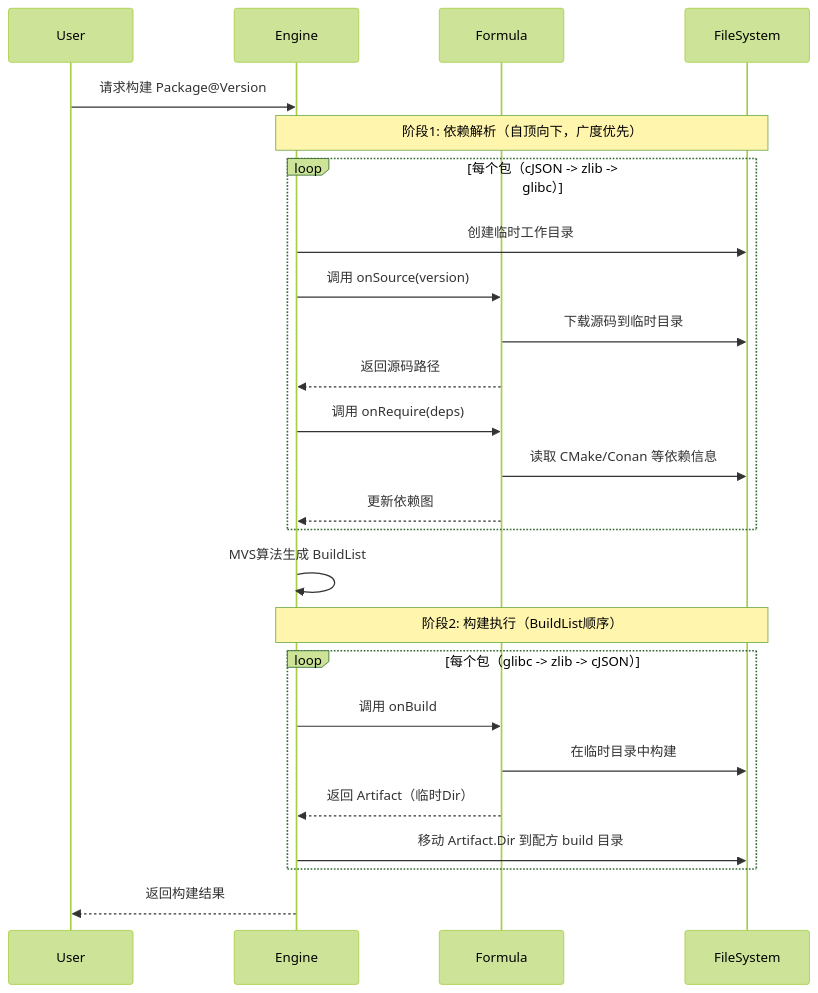
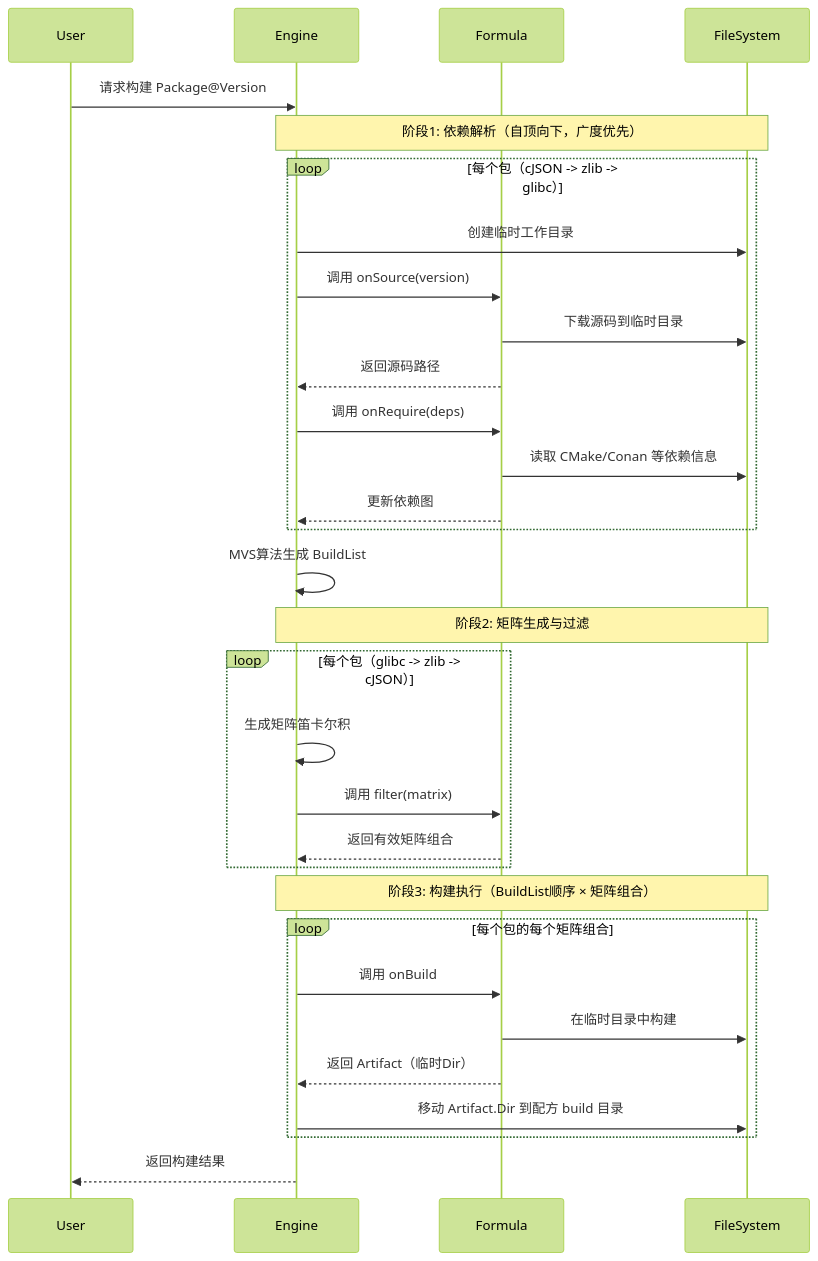
The first of 4 diagrams in docs/formulas.md (goplus/llar), drawn with Mermaid (forest theme) before and after one commit. The commit also changed other lines of this file and 1 other file, not shown here.

First line of the commit message:
docs: add matrix filtering logic to remove invalid combinations

````diff
--- a/docs/formulas.md
+++ b/docs/formulas.md
@@ -405,33 +564,40 @@
 ```mermaid
 sequenceDiagram
     participant U as User
     participant E as Engine
     participant F as Formula
     participant FS as FileSystem
 
     U->>E: 请求构建 Package@Version
 
     Note over E,FS: 阶段1: 依赖解析（自顶向下，广度优先）
     loop 每个包（cJSON -> zlib -> glibc）
         E->>FS: 创建临时工作目录
         E->>F: 调用 onSource(version)
         F->>FS: 下载源码到临时目录
         F-->>E: 返回源码路径
 
         E->>F: 调用 onRequire(deps)
         F->>FS: 读取 CMake/Conan 等依赖信息
         F-->>E: 更新依赖图
     end
 
     E->>E: MVS算法生成 BuildList
 
-    Note over E,FS: 阶段2: 构建执行（BuildList顺序）
+    Note over E,FS: 阶段2: 矩阵生成与过滤
     loop 每个包（glibc -> zlib -> cJSON）
+        E->>E: 生成矩阵笛卡尔积
+        E->>F: 调用 filter(matrix)
+        F-->>E: 返回有效矩阵组合
+    end
+
+    Note over E,FS: 阶段3: 构建执行（BuildList顺序 × 矩阵组合）
+    loop 每个包的每个矩阵组合
         E->>F: 调用 onBuild
         F->>FS: 在临时目录中构建
         F-->>E: 返回 Artifact（临时Dir）
         E->>FS: 移动 Artifact.Dir 到配方 build 目录
     end
 
     E-->>U: 返回构建结果
 ```
````
